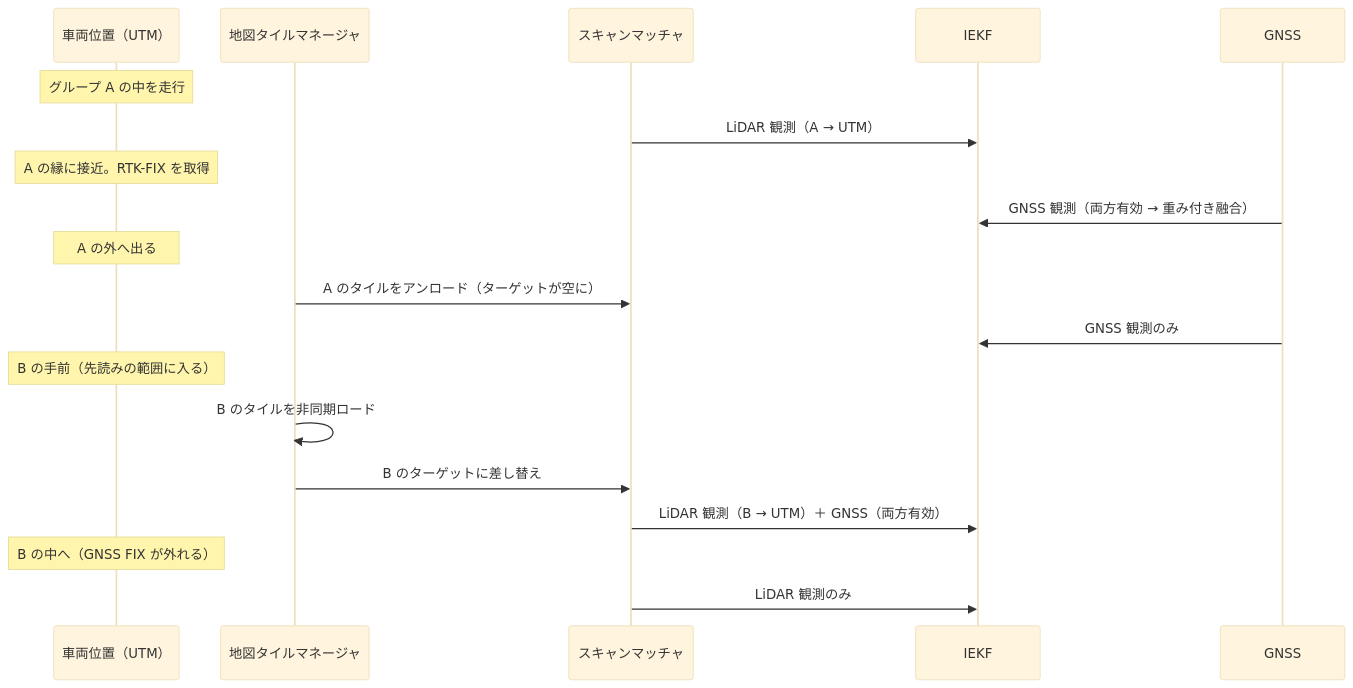
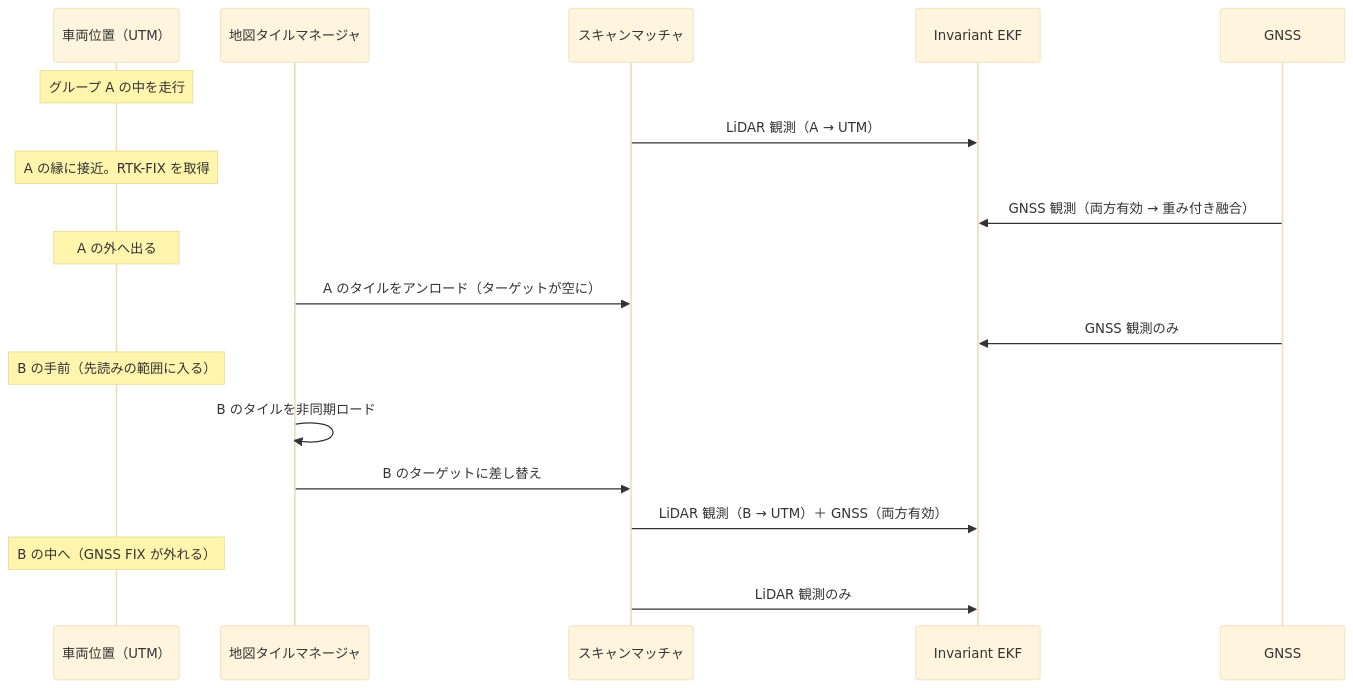
Before and after one commit to mamoru1126/gnss_and_lidar_localization: the third of 4 diagrams in docs/design.md, drawn with Mermaid (base theme). The commit also changed other lines of this file and 4 other files, not shown here.

First line of the commit message:
docs: 略語 IEKF を Invariant EKF に統一

````diff
--- a/docs/design.md
+++ b/docs/design.md
@@ -650,22 +650,22 @@
 ```mermaid
 sequenceDiagram
   participant V as 車両位置（UTM）
   participant MTM as 地図タイルマネージャ
   participant SM as スキャンマッチャ
-  participant EKF as IEKF
+  participant EKF as Invariant EKF
   participant G as GNSS
 
   Note over V: グループ A の中を走行
   SM->>EKF: LiDAR 観測（A → UTM）
   Note over V: A の縁に接近。RTK-FIX を取得
   G->>EKF: GNSS 観測（両方有効 → 重み付き融合）
   Note over V: A の外へ出る
   MTM->>SM: A のタイルをアンロード（ターゲットが空に）
   G->>EKF: GNSS 観測のみ
   Note over V: B の手前（先読みの範囲に入る）
   MTM->>MTM: B のタイルを非同期ロード
   MTM->>SM: B のターゲットに差し替え
   SM->>EKF: LiDAR 観測（B → UTM）＋ GNSS（両方有効）
   Note over V: B の中へ（GNSS FIX が外れる）
   SM->>EKF: LiDAR 観測のみ
 ```
````
